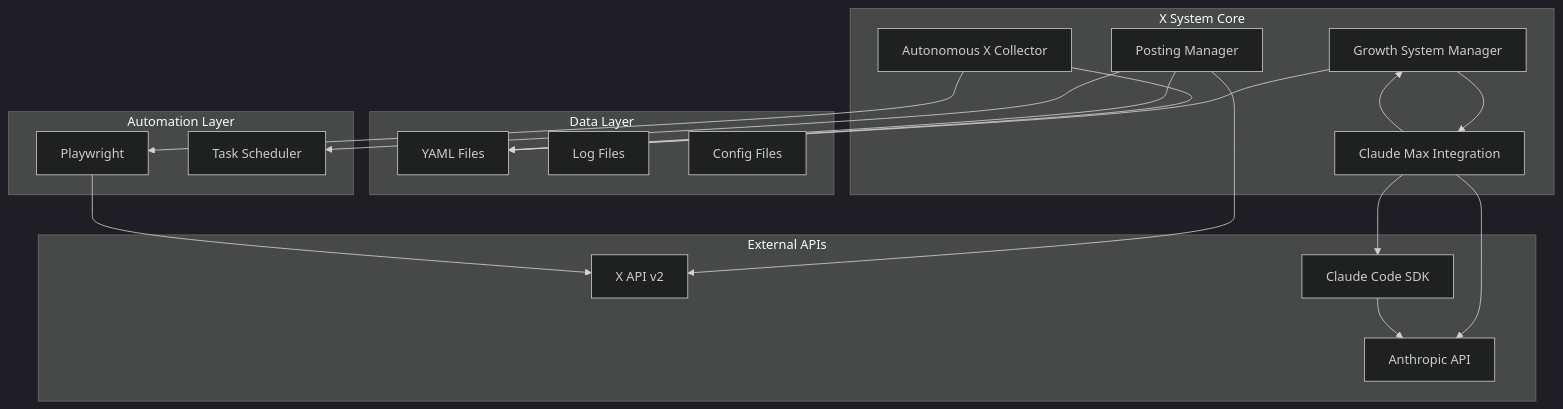
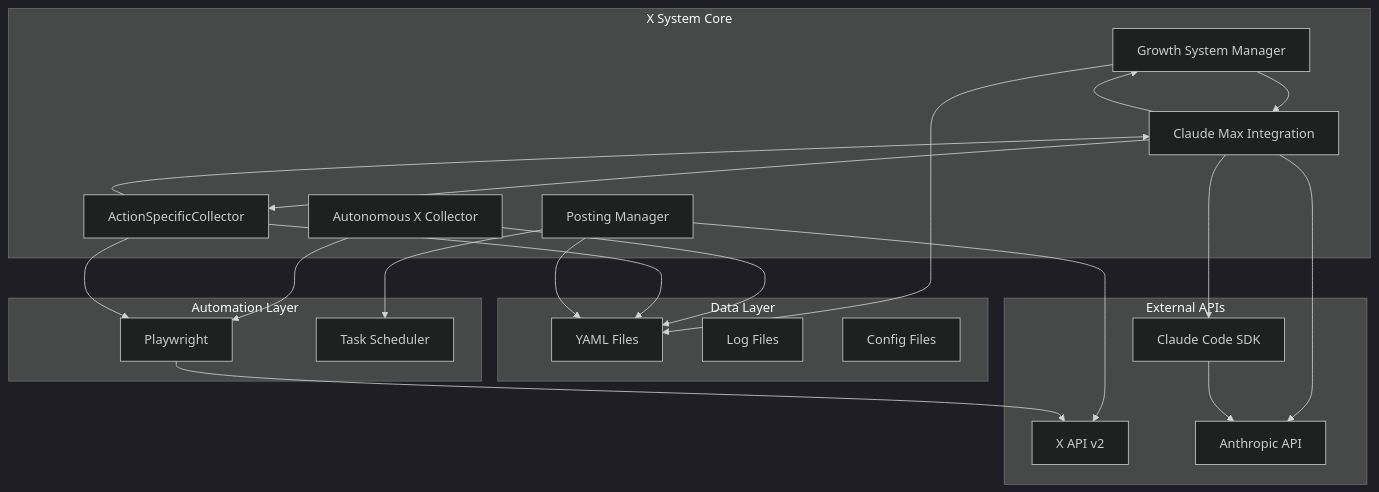
The first of 4 diagrams in docs/architecture.md (rnrnstar2/TradingAssistantX), drawn with Mermaid (dark theme) before and after one commit. The commit also changed other lines of this file and 3114 other files, not shown here.

````diff
--- a/docs/architecture.md
+++ b/docs/architecture.md
@@ -33,40 +37,45 @@
 ```mermaid
 graph TB
     subgraph "X System Core"
         GSM[Growth System Manager]
         AXC[Autonomous X Collector]
+        ASC[ActionSpecificCollector]
         CMI[Claude Max Integration]
         PM[Posting Manager]
     end
     
     subgraph "External APIs"
         XAPI[X API v2]
         CLAUDE[Claude Code SDK]
         ANTHROPIC[Anthropic API]
     end
     
     subgraph "Data Layer"
         YAML[YAML Files]
         LOGS[Log Files]
         CONFIG[Config Files]
     end
     
     subgraph "Automation Layer"
         PLAYWRIGHT[Playwright]
         SCHEDULER[Task Scheduler]
     end
     
     GSM --> YAML
     GSM --> CMI
     AXC --> PLAYWRIGHT
     AXC --> YAML
+    ASC --> PLAYWRIGHT
+    ASC --> CMI
+    ASC --> YAML
     CMI --> CLAUDE
     CMI --> ANTHROPIC
     CMI --> GSM
+    CMI --> ASC
     PM --> XAPI
     PM --> YAML
     PM --> SCHEDULER
     
     CLAUDE --> ANTHROPIC
     PLAYWRIGHT --> XAPI
 ```
````
